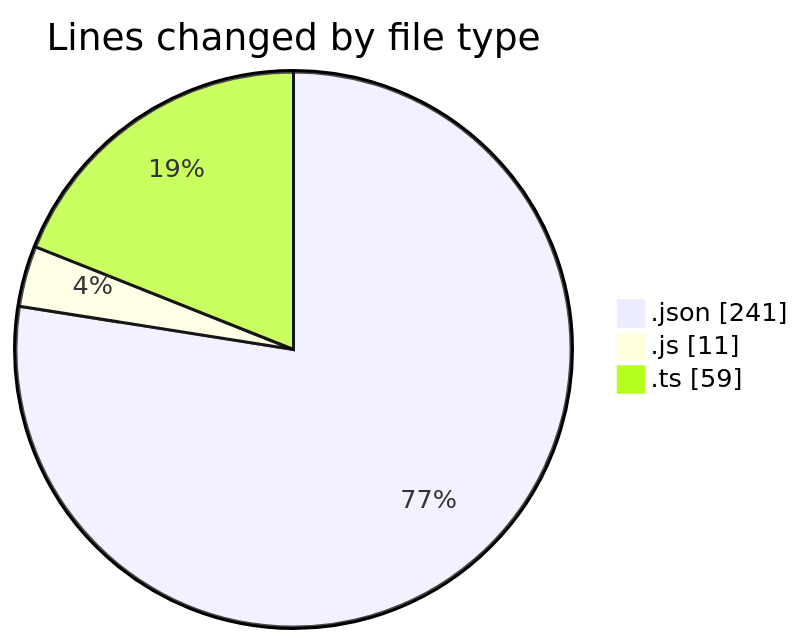
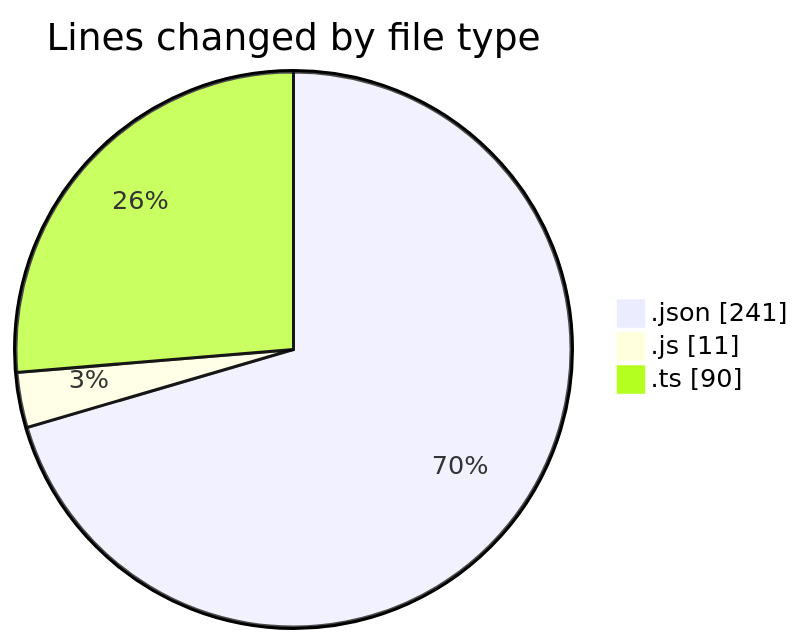
Before and after one commit to momahboobian/code-tracking: the first of 2 diagrams in 2025-05-12/news-clock-system-caspercg/README.md, drawn with Mermaid. The commit also changed other lines of this file and 1 other file, not shown here.

````diff
--- a/2025-05-12/news-clock-system-caspercg/README.md
+++ b/2025-05-12/news-clock-system-caspercg/README.md
@@ -23,7 +23,7 @@
 ```mermaid
 pie showData
 title Lines changed by file type
 ".json" : 241
 ".js" : 11
-".ts" : 59
+".ts" : 90
 ```
````
